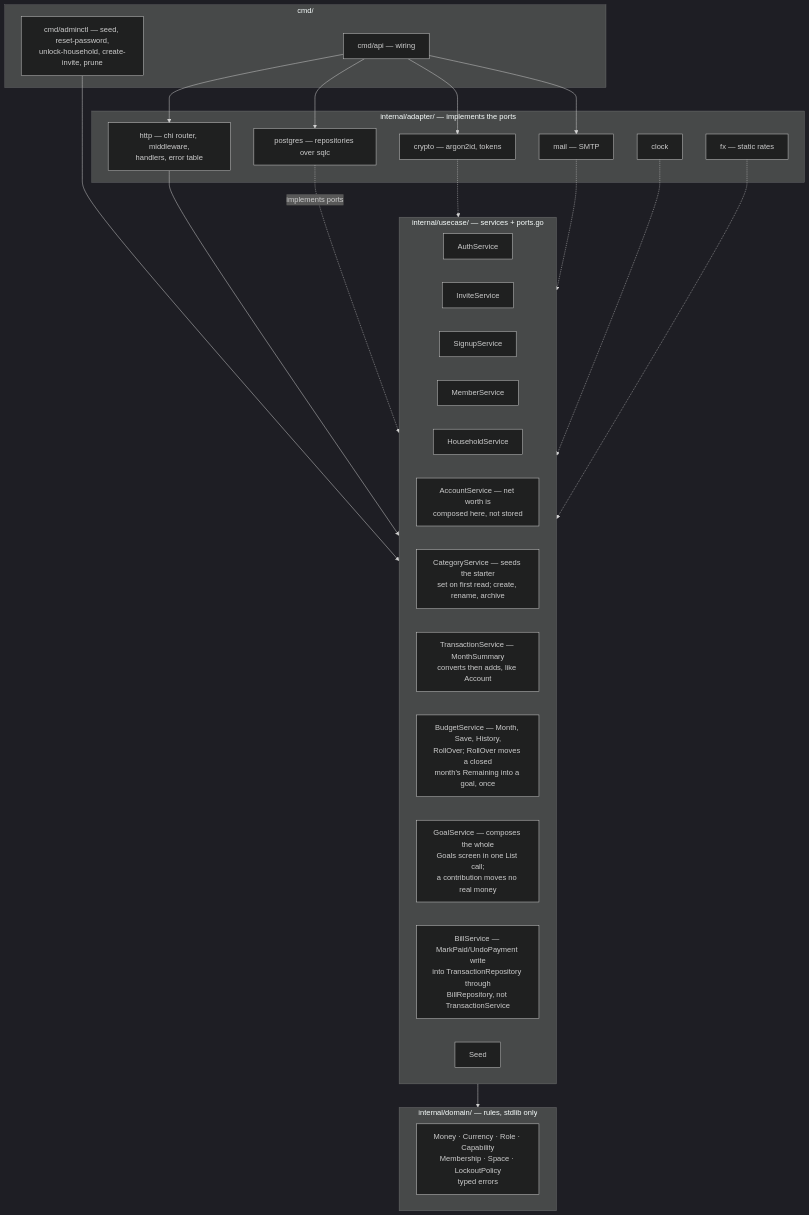
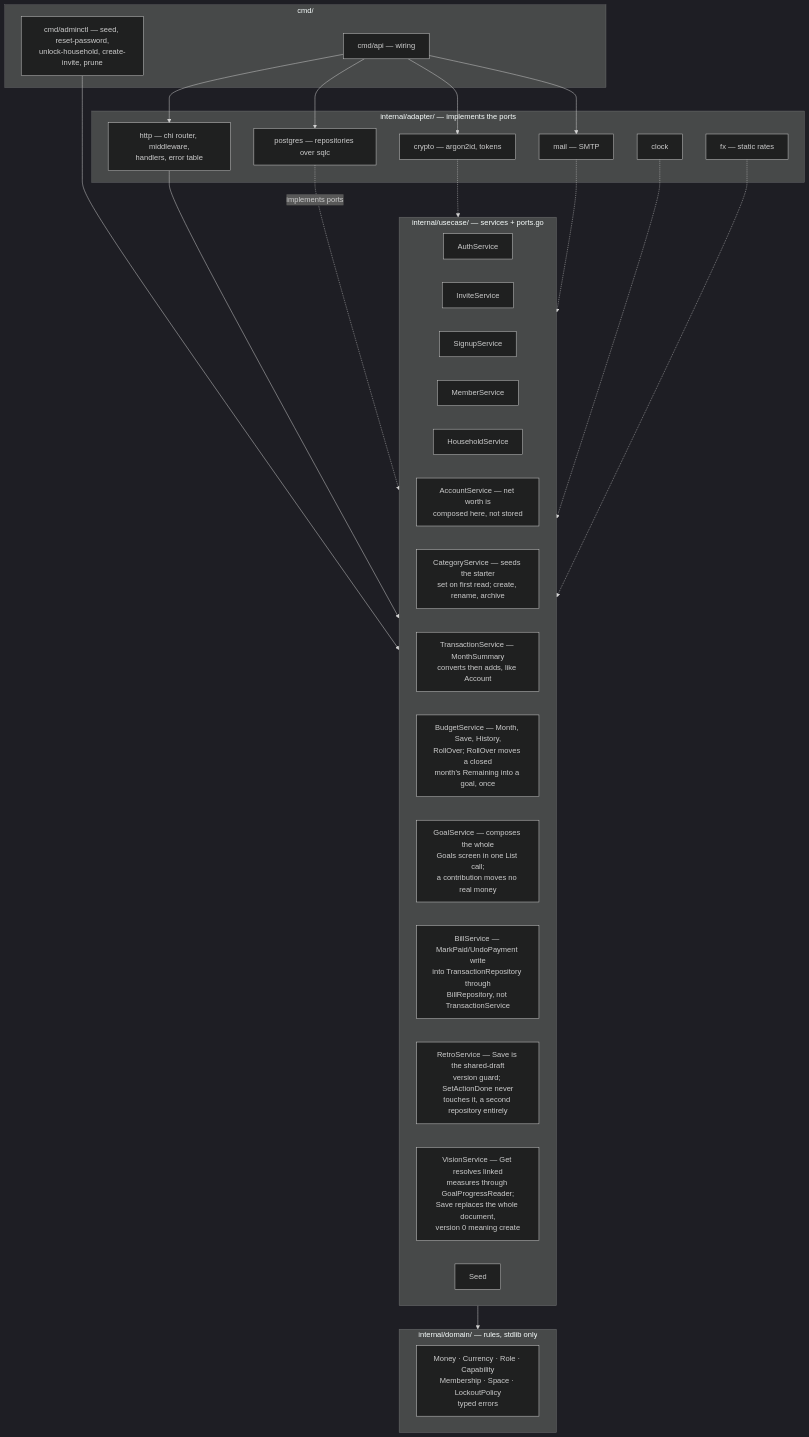
Before and after one commit to oandrz/Household: the third of 17 diagrams in docs/SYSTEM_DESIGN.md, drawn with Mermaid (dark theme). The commit also changed other lines of this file and 76 other files, not shown here.

First line of the commit message:
Vision & goals — Marriage's second page (#13)

````diff
--- a/docs/SYSTEM_DESIGN.md
+++ b/docs/SYSTEM_DESIGN.md
@@ -263,48 +284,50 @@
 ```mermaid
 graph TD
     subgraph cmd["cmd/"]
         Main["cmd/api — wiring"]
         Admin["cmd/adminctl — seed, reset-password,<br/>unlock-household, create-invite, prune"]
     end
 
     subgraph adapters["internal/adapter/ — implements the ports"]
         HTTP["http — chi router, middleware,<br/>handlers, error table"]
         PGA["postgres — repositories over sqlc"]
         Crypto["crypto — argon2id, tokens"]
         MailA["mail — SMTP"]
         Clock["clock"]
         FX["fx — static rates"]
     end
 
     subgraph usecase["internal/usecase/ — services + ports.go"]
         Auth["AuthService"]
         Invite["InviteService"]
         Signup["SignupService"]
         Member["MemberService"]
         House["HouseholdService"]
         Account["AccountService — net worth is<br/>composed here, not stored"]
         Category["CategoryService — seeds the starter<br/>set on first read; create, rename, archive"]
         Transaction["TransactionService — MonthSummary<br/>converts then adds, like Account"]
         Budget["BudgetService — Month, Save, History,<br/>RollOver; RollOver moves a closed<br/>month's Remaining into a goal, once"]
         Goal["GoalService — composes the whole<br/>Goals screen in one List call;<br/>a contribution moves no real money"]
         Bill["BillService — MarkPaid/UndoPayment write<br/>into TransactionRepository through<br/>BillRepository, not TransactionService"]
+        Retro["RetroService — Save is the shared-draft<br/>version guard; SetActionDone never<br/>touches it, a second repository entirely"]
+        Vision["VisionService — Get resolves linked<br/>measures through GoalProgressReader;<br/>Save replaces the whole document,<br/>version 0 meaning create"]
         Seed["Seed"]
     end
 
     subgraph domain["internal/domain/ — rules, stdlib only"]
         Rules["Money · Currency · Role · Capability<br/>Membership · Space · LockoutPolicy<br/>typed errors"]
     end
 
     Main --> HTTP
     Main --> PGA
     Main --> Crypto
     Main --> MailA
     Admin --> usecase
     HTTP --> usecase
     usecase --> domain
     PGA -.->|implements ports| usecase
     Crypto -.-> usecase
     MailA -.-> usecase
     Clock -.-> usecase
     FX -.-> usecase
 ```
````
